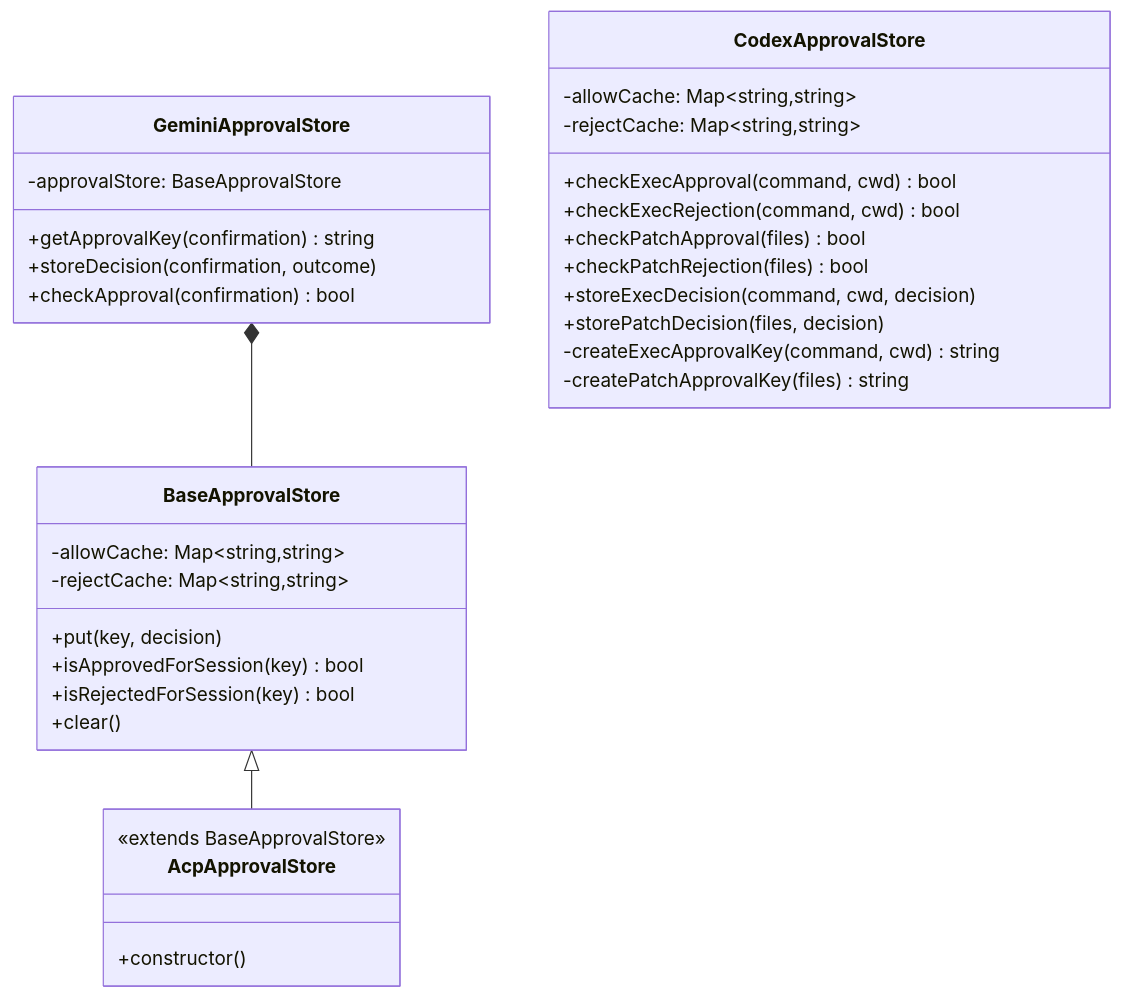
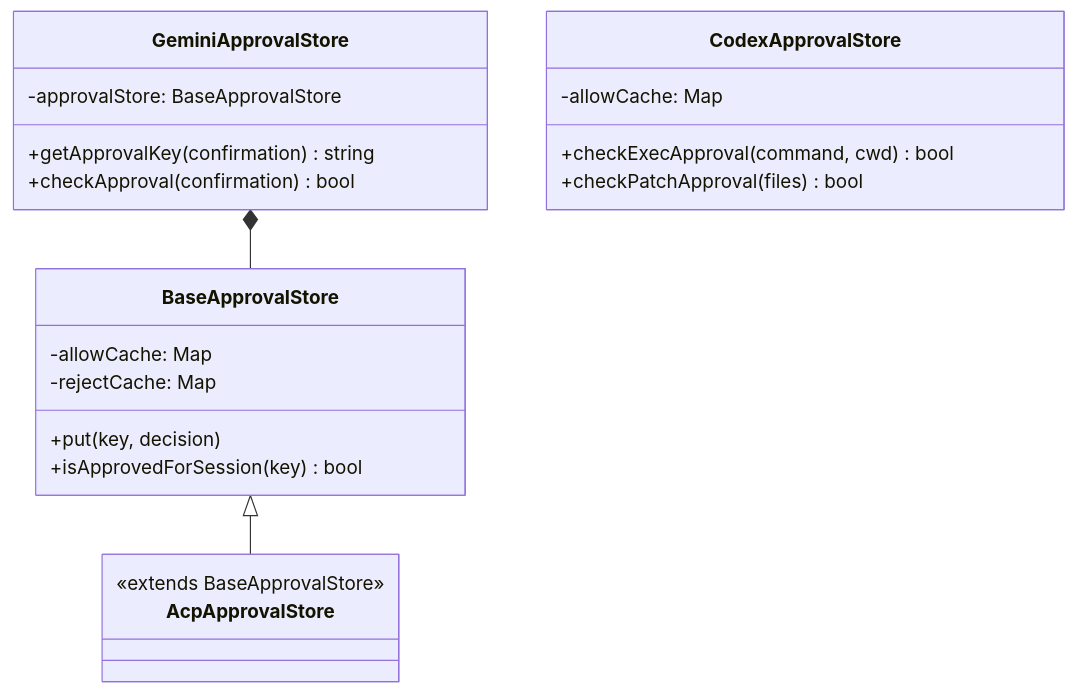
The second of 3 diagrams in docs/iOfficeAI_AionUi/advanced-topics/permission-and-confirmation-system.md (blackcater/zentree), drawn with Mermaid before and after one commit. The commit also changed other lines of this file and 232 other files, not shown here.

````diff
--- a/docs/iOfficeAI_AionUi/advanced-topics/permission-and-confirmation-system.md
+++ b/docs/iOfficeAI_AionUi/advanced-topics/permission-and-confirmation-system.md
@@ -220,39 +107,28 @@
 ```mermaid
 classDiagram
     class BaseApprovalStore {
-        -allowCache: Map~string,string~
-        -rejectCache: Map~string,string~
+        -allowCache: Map
+        -rejectCache: Map
         +put(key, decision)
         +isApprovedForSession(key) bool
-        +isRejectedForSession(key) bool
-        +clear()
     }
 
     class GeminiApprovalStore {
         -approvalStore: BaseApprovalStore
         +getApprovalKey(confirmation) string
-        +storeDecision(confirmation, outcome)
         +checkApproval(confirmation) bool
     }
 
     class AcpApprovalStore {
         <<extends BaseApprovalStore>>
-        +constructor()
     }
 
     class CodexApprovalStore {
-        -allowCache: Map~string,string~
-        -rejectCache: Map~string,string~
+        -allowCache: Map
         +checkExecApproval(command, cwd) bool
-        +checkExecRejection(command, cwd) bool
         +checkPatchApproval(files) bool
-        +checkPatchRejection(files) bool
-        +storeExecDecision(command, cwd, decision)
-        +storePatchDecision(files, decision)
-        -createExecApprovalKey(command, cwd) string
-        -createPatchApprovalKey(files) string
     }
 
     BaseApprovalStore <|-- AcpApprovalStore
     GeminiApprovalStore *-- BaseApprovalStore
 ```
````
